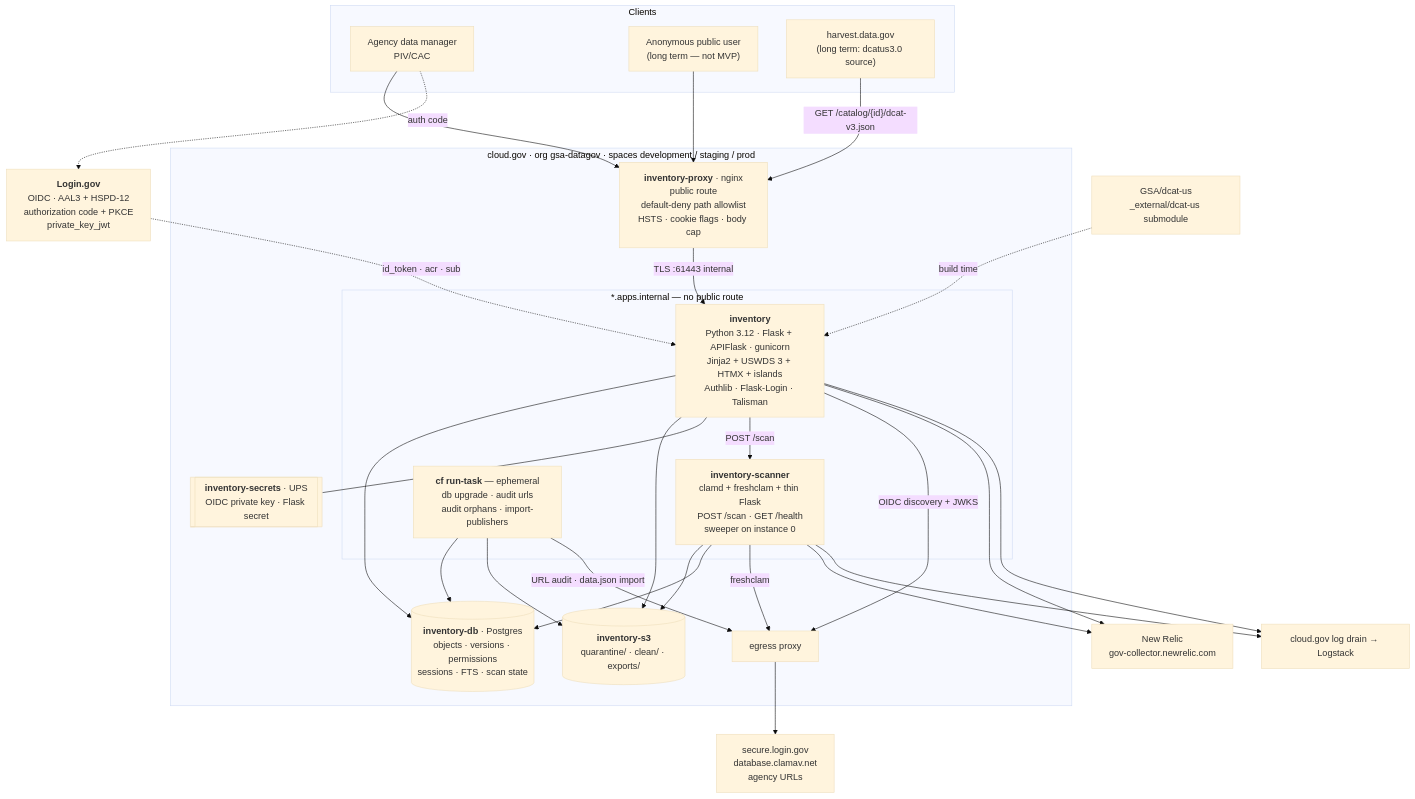
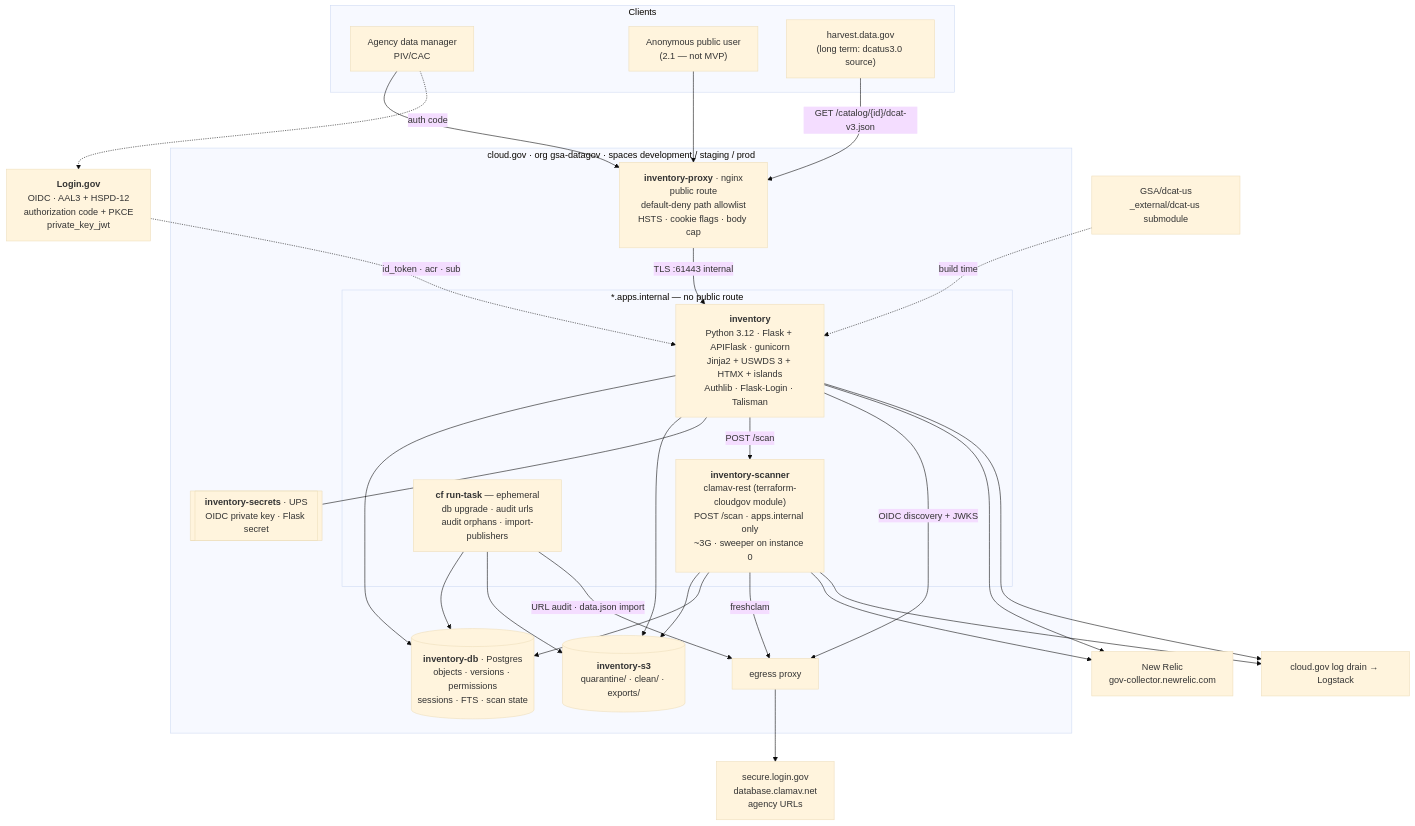
One commit to GSA/inventory-app changed the first of 7 diagrams in docs/architecture.md. Above: the diagram before and after it, drawn with Mermaid (base theme). The commit also changed other lines of this file and 7 other files, not shown here.

````diff
--- a/docs/architecture.md
+++ b/docs/architecture.md
@@ -67,56 +67,56 @@
 ```mermaid
 flowchart TB
     subgraph clients["Clients"]
         GOV["Agency data manager<br/>PIV/CAC"]
-        PUB["Anonymous public user<br/>(long term — not MVP)"]
+        PUB["Anonymous public user<br/>(2.1 — not MVP)"]
         HARV["harvest.data.gov<br/>(long term: dcatus3.0 source)"]
     end
 
     IDP["<b>Login.gov</b><br/>OIDC · AAL3 + HSPD-12<br/>authorization code + PKCE<br/>private_key_jwt"]
 
     subgraph cf["cloud.gov · org gsa-datagov · spaces development / staging / prod"]
         PROXY["<b>inventory-proxy</b> · nginx<br/>public route<br/>default-deny path allowlist<br/>HSTS · cookie flags · body cap"]
 
         subgraph internal["*.apps.internal — no public route"]
             WEB["<b>inventory</b><br/>Python 3.12 · Flask + APIFlask · gunicorn<br/>Jinja2 + USWDS 3 + HTMX + islands<br/>Authlib · Flask-Login · Talisman"]
-            SCAN["<b>inventory-scanner</b><br/>clamd + freshclam + thin Flask<br/>POST /scan · GET /health<br/>sweeper on instance 0"]
+            SCAN["<b>inventory-scanner</b><br/>clamav-rest (terraform-cloudgov module)<br/>POST /scan · apps.internal only<br/>~3G · sweeper on instance 0"]
             TASK["<b>cf run-task</b> — ephemeral<br/>db upgrade · audit urls<br/>audit orphans · import-publishers"]
         end
 
         PG[("<b>inventory-db</b> · Postgres<br/>objects · versions · permissions<br/>sessions · FTS · scan state")]
         S3[("<b>inventory-s3</b><br/>quarantine/ · clean/ · exports/")]
         SEC[["<b>inventory-secrets</b> · UPS<br/>OIDC private key · Flask secret"]]
         EGRESS["egress proxy"]
     end
 
     NR["New Relic<br/>gov-collector.newrelic.com"]
     LOG["cloud.gov log drain → Logstack"]
     SCHEMA["GSA/dcat-us<br/>_external/dcat-us submodule"]
 
     GOV --> PROXY
     PUB --> PROXY
     HARV -->|"GET /catalog/{id}/dcat-v3.json"| PROXY
     PROXY -->|"TLS :61443 internal"| WEB
     GOV -.->|"auth code"| IDP
     IDP -.->|"id_token · acr · sub"| WEB
 
     WEB --> PG
     WEB --> S3
     WEB --- SEC
     WEB -->|"POST /scan"| SCAN
     SCAN --> S3
     SCAN --> PG
     TASK --> PG
     TASK --> S3
 
     WEB -->|"OIDC discovery + JWKS"| EGRESS
     SCAN -->|"freshclam"| EGRESS
     TASK -->|"URL audit · data.json import"| EGRESS
     EGRESS --> OUT["secure.login.gov<br/>database.clamav.net<br/>agency URLs"]
 
     SCHEMA -.->|"build time"| WEB
     WEB --> NR
     SCAN --> NR
     WEB --> LOG
     SCAN --> LOG
 ```
````
